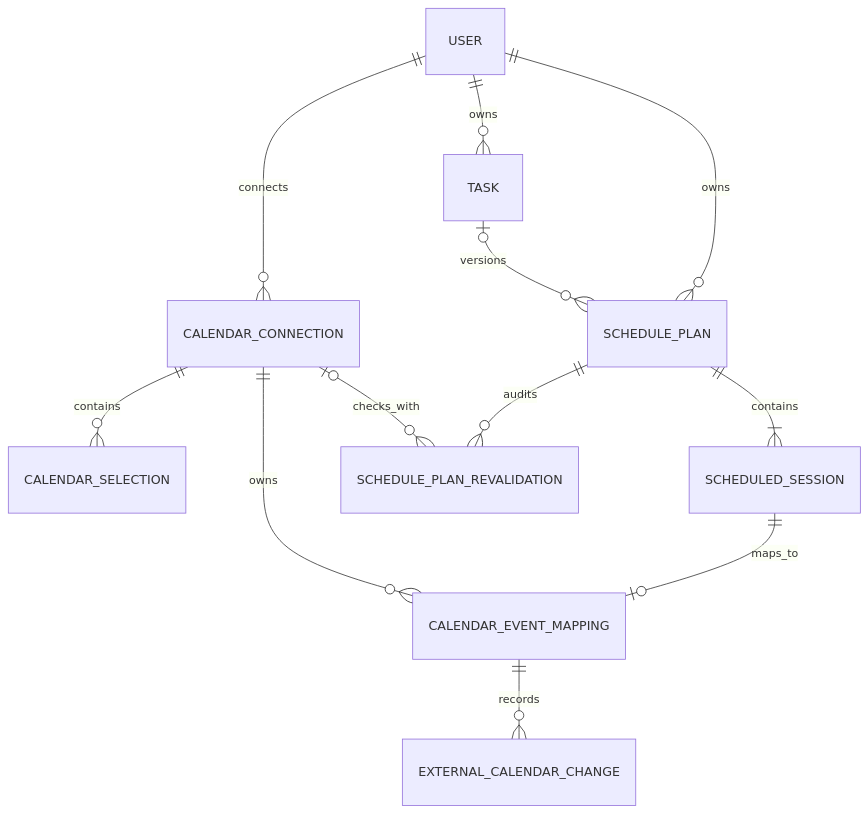
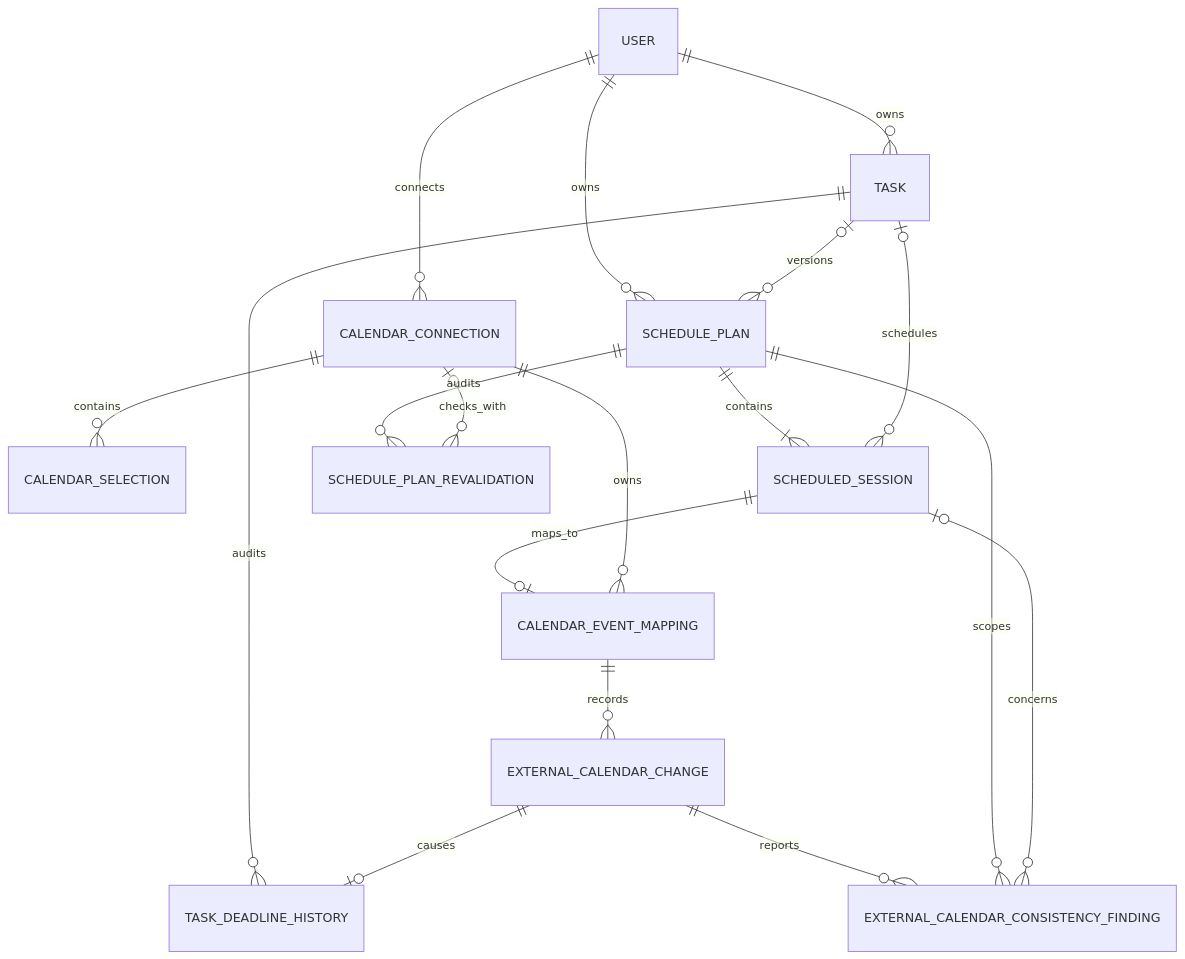
The diagram in docs/architecture/domain-model.md (Polomoshnova/ai-calendar), drawn with Mermaid before and after one commit. The commit also changed other lines of this file and 5 other files, not shown here.

````diff
--- a/docs/architecture/domain-model.md
+++ b/docs/architecture/domain-model.md
@@ -14,14 +14,20 @@
 ```mermaid
 erDiagram
     USER ||--o{ TASK : owns
     USER ||--o{ CALENDAR_CONNECTION : connects
     CALENDAR_CONNECTION ||--o{ CALENDAR_SELECTION : contains
     USER ||--o{ SCHEDULE_PLAN : owns
     TASK o|--o{ SCHEDULE_PLAN : versions
     SCHEDULE_PLAN ||--|{ SCHEDULED_SESSION : contains
+    TASK o|--o{ SCHEDULED_SESSION : schedules
     SCHEDULE_PLAN ||--o{ SCHEDULE_PLAN_REVALIDATION : audits
     CALENDAR_CONNECTION o|--o{ SCHEDULE_PLAN_REVALIDATION : checks_with
     SCHEDULED_SESSION ||--o| CALENDAR_EVENT_MAPPING : maps_to
     CALENDAR_CONNECTION ||--o{ CALENDAR_EVENT_MAPPING : owns
     CALENDAR_EVENT_MAPPING ||--o{ EXTERNAL_CALENDAR_CHANGE : records
+    TASK ||--o{ TASK_DEADLINE_HISTORY : audits
+    EXTERNAL_CALENDAR_CHANGE ||--o| TASK_DEADLINE_HISTORY : causes
+    EXTERNAL_CALENDAR_CHANGE ||--o{ EXTERNAL_CALENDAR_CONSISTENCY_FINDING : reports
+    SCHEDULE_PLAN ||--o{ EXTERNAL_CALENDAR_CONSISTENCY_FINDING : scopes
+    SCHEDULED_SESSION o|--o{ EXTERNAL_CALENDAR_CONSISTENCY_FINDING : concerns
 ```
````
